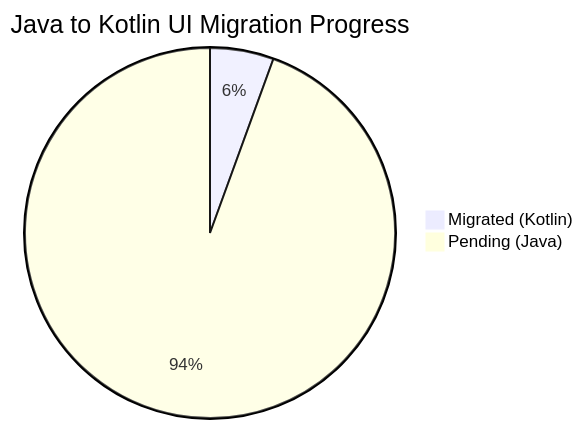
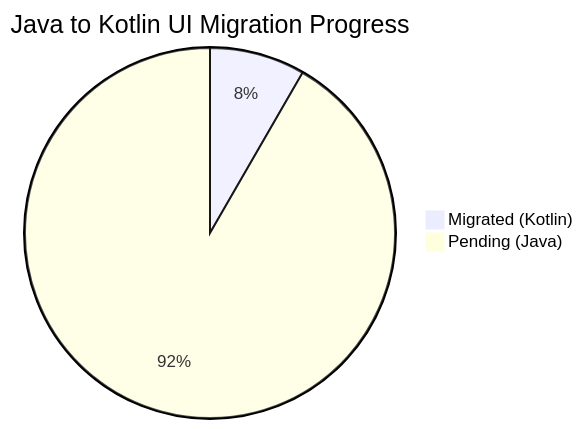
The second of 2 diagrams in README.md (solomonrajan/cashledger), drawn with Mermaid before and after one commit. The commit also changed other lines of this file and 2 other files, not shown here.

Commit message:
refactor: migrate SearchActivity to Kotlin and update README progress
This commit migrates SearchActivity.java to modern Kotlin syntax. It sets up proper copyright headers for derivative work and updates the Kotlin Migration Status chart in the README, bringing the count up to 3 migrated screens.

````diff
--- a/README.md
+++ b/README.md
@@ -158,5 +158,5 @@
 ```mermaid
 pie title Java to Kotlin UI Migration Progress
-    "Migrated (Kotlin)" : 2
-    "Pending (Java)" : 34
+    "Migrated (Kotlin)" : 3
+    "Pending (Java)" : 33
 ```
````
